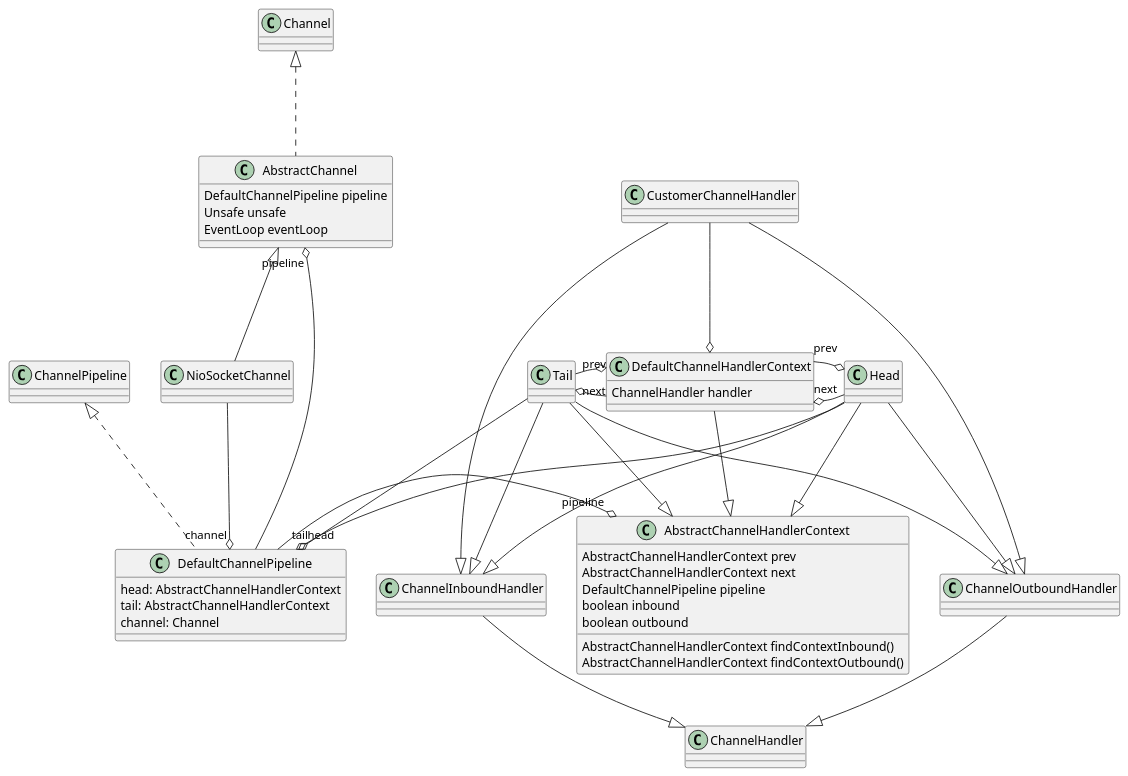
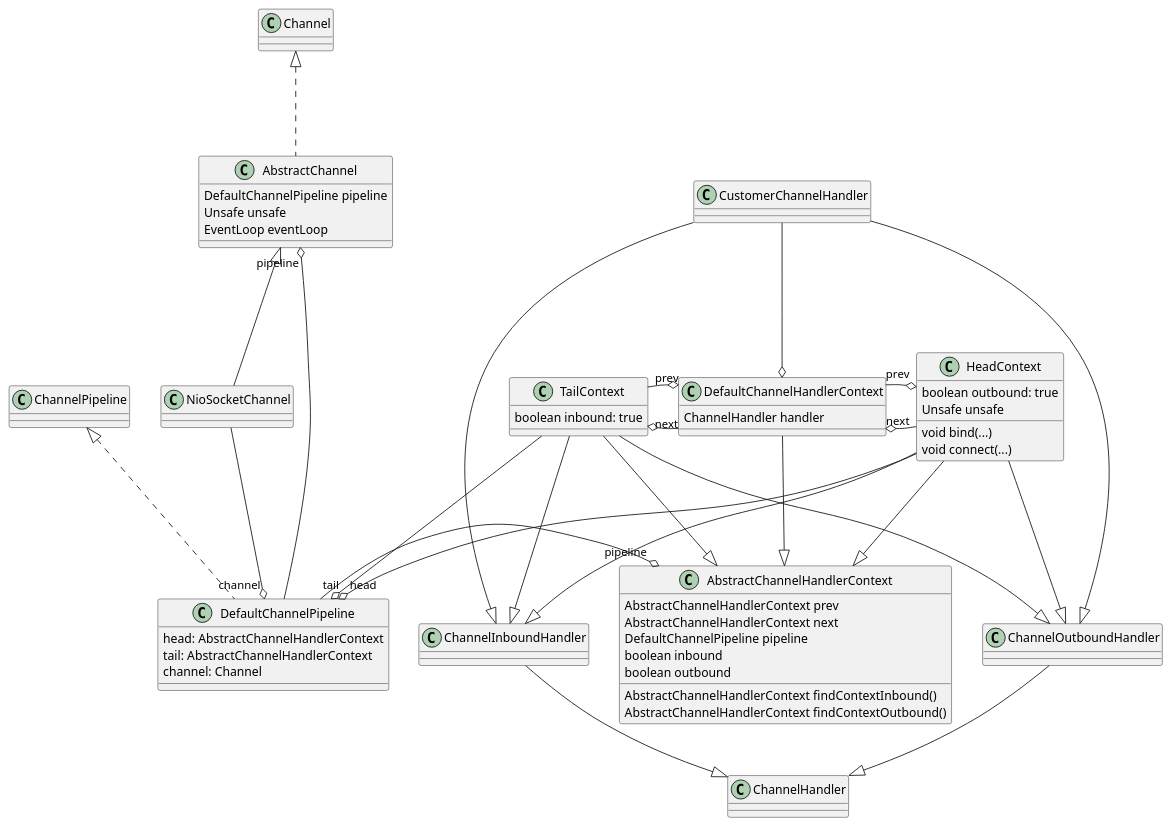
The diagram in rpc/src/main/resources/uml/netty/ChannelPipeline.puml (nameqxq/learning-demo), drawn with PlantUML before and after one commit.

Commit message:
pipeline部分uml

```diff
--- a/rpc/src/main/resources/uml/netty/ChannelPipeline.puml
+++ b/rpc/src/main/resources/uml/netty/ChannelPipeline.puml
@@ -1,94 +1,99 @@
 @startuml
 interface ChannelPipeline {
 }
 class DefaultChannelPipeline {
     head: AbstractChannelHandlerContext
     tail: AbstractChannelHandlerContext
     channel: Channel
 }
 DefaultChannelPipeline -up..|> ChannelPipeline
 together {
     class ChannelPipeline
     class DefaultChannelPipeline
 }
 
 
 interface Channel {
 }
 abstract class AbstractChannel {
     DefaultChannelPipeline pipeline
     Unsafe unsafe
     EventLoop eventLoop
 }
 AbstractChannel -up..|> Channel
 DefaultChannelPipeline -left--o "pipeline" AbstractChannel
 class NioSocketChannel {
 }
 NioSocketChannel -up--|> AbstractChannel
 together {
     class Channel
     class AbstractChannel
     class NioSocketChannel
 }
 NioSocketChannel -down--o "channel" DefaultChannelPipeline
 
 abstract class AbstractChannelHandlerContext {
     AbstractChannelHandlerContext prev
     AbstractChannelHandlerContext next
     DefaultChannelPipeline pipeline
     boolean inbound
     boolean outbound
     AbstractChannelHandlerContext findContextInbound()
     AbstractChannelHandlerContext findContextOutbound()
 }
 DefaultChannelPipeline -right--o "pipeline" AbstractChannelHandlerContext
 
 class DefaultChannelHandlerContext {
     ChannelHandler handler
 }
 DefaultChannelHandlerContext -up--|> AbstractChannelHandlerContext
 together {
     class AbstractChannelHandlerContext
     class DefaultChannelHandlerContext
 }
 
 interface ChannelHandler {
 }
 interface ChannelOutboundHandler {
 }
 ChannelOutboundHandler --|> ChannelHandler
 interface ChannelInboundHandler {
 }
 ChannelInboundHandler --|> ChannelHandler
-class Head {
+class HeadContext {
+    boolean outbound: true
+    Unsafe unsafe
+    void bind(...)
+    void connect(...)
 }
-Head -up--|> AbstractChannelHandlerContext
-Head -down--|> ChannelInboundHandler
-Head -down--|> ChannelOutboundHandler
-Head -down--o "head" DefaultChannelPipeline
-Head "next"-left-o DefaultChannelHandlerContext
-DefaultChannelHandlerContext "prev"-right-o Head
-class Tail {
+HeadContext -up--|> AbstractChannelHandlerContext
+HeadContext -down--|> ChannelInboundHandler
+HeadContext -down--|> ChannelOutboundHandler
+HeadContext -down--o "head" DefaultChannelPipeline
+HeadContext "next"-left-o DefaultChannelHandlerContext
+DefaultChannelHandlerContext "prev"-right-o HeadContext
+class TailContext {
+    boolean inbound: true
 }
-Tail -up--|> AbstractChannelHandlerContext
-Tail -down--|> ChannelInboundHandler
-Tail -down--|> ChannelOutboundHandler
-Tail -down--o "tail" DefaultChannelPipeline
-DefaultChannelHandlerContext "next"-left-o Tail
-Tail "prev"-right-o DefaultChannelHandlerContext
+TailContext -up--|> AbstractChannelHandlerContext
+TailContext -down--|> ChannelInboundHandler
+TailContext -down--|> ChannelOutboundHandler
+TailContext -down--o "tail" DefaultChannelPipeline
+DefaultChannelHandlerContext "next"-left-o TailContext
+TailContext "prev"-right-o DefaultChannelHandlerContext
 together {
     class ChannelHandler
     class ChannelInboundHandler
     class ChannelOutboundHandler
 }
 
 class CustomerChannelHandler {
 }
 CustomerChannelHandler -down--o DefaultChannelHandlerContext
 CustomerChannelHandler -down--|> ChannelInboundHandler
 CustomerChannelHandler -down--|> ChannelOutboundHandler
 
 'hide CustomerChannelHandler
 
 
 @enduml
```
